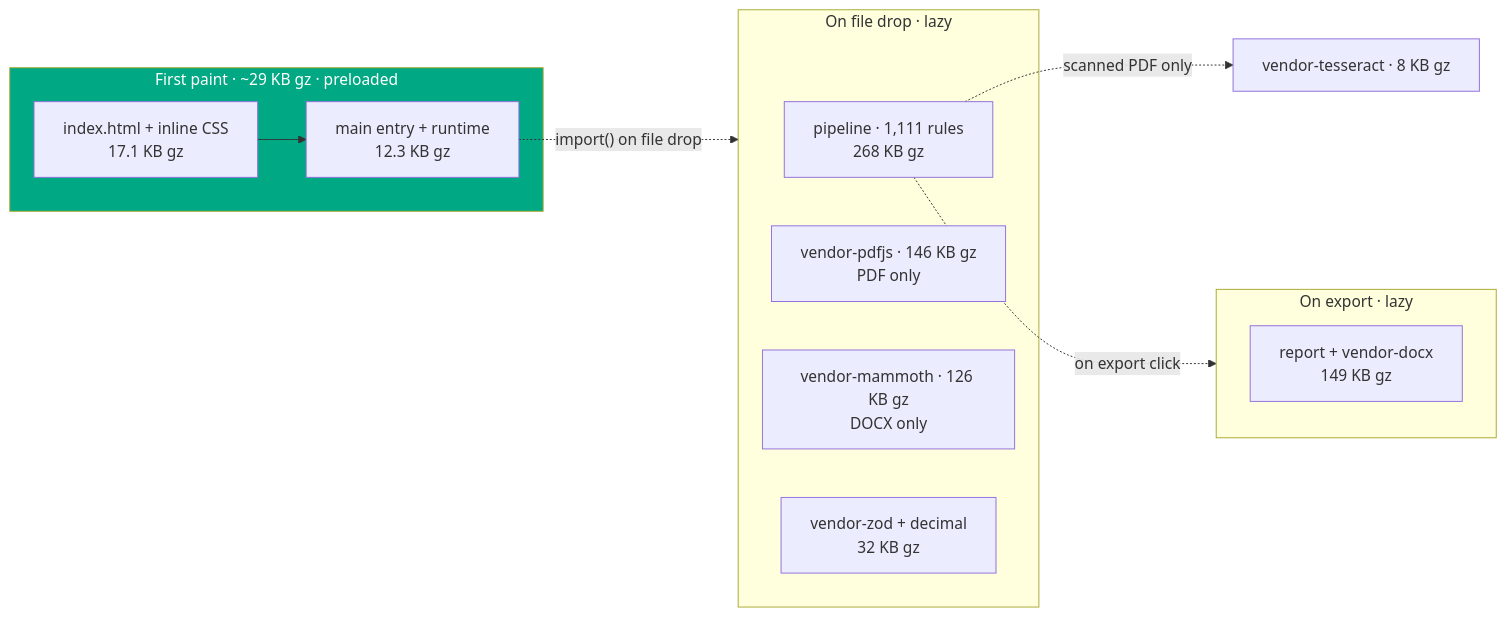
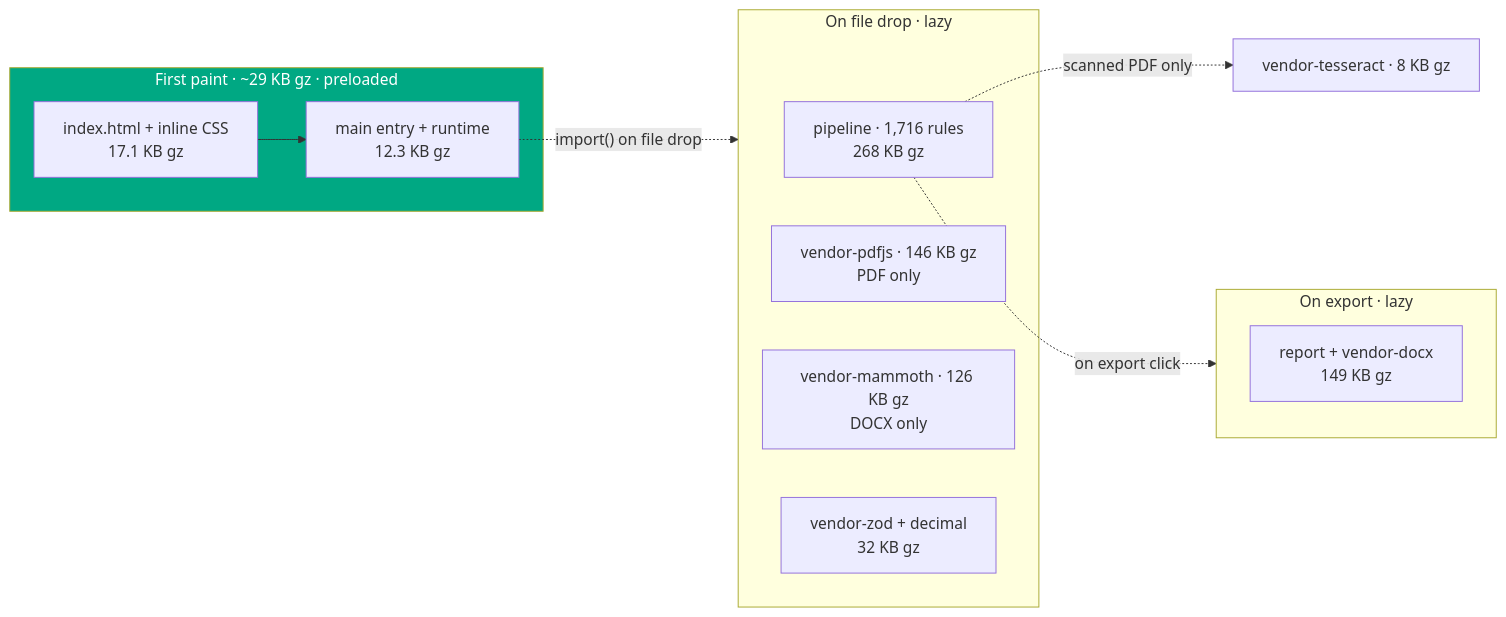
Before and after one commit to clay-good/vaulytica: the tenth of 11 diagrams in README.md, drawn with Mermaid. The commit also changed other lines of this file and 143 other files, not shown here.

````diff
--- a/README.md
+++ b/README.md
@@ -1270,19 +1271,19 @@
 ```mermaid
 flowchart LR
   subgraph FP["First paint · ~29 KB gz · preloaded"]
     H[index.html + inline CSS<br/>17.1 KB gz] --> M[main entry + runtime<br/>12.3 KB gz]
   end
   M -. "import() on file drop" .-> DROP
   subgraph DROP["On file drop · lazy"]
-    P[pipeline · 1,111 rules<br/>268 KB gz]
+    P[pipeline · 1,716 rules<br/>268 KB gz]
     PDF[vendor-pdfjs · 146 KB gz<br/>PDF only]
     DOCXIN[vendor-mammoth · 126 KB gz<br/>DOCX only]
     Z[vendor-zod + decimal<br/>32 KB gz]
   end
   P -. "on export click" .-> EXP
   subgraph EXP["On export · lazy"]
     RPT[report + vendor-docx<br/>149 KB gz]
   end
   P -. "scanned PDF only" .-> OCR[vendor-tesseract · 8 KB gz]
   style FP fill:#00A883,color:#fff
 ```
````
